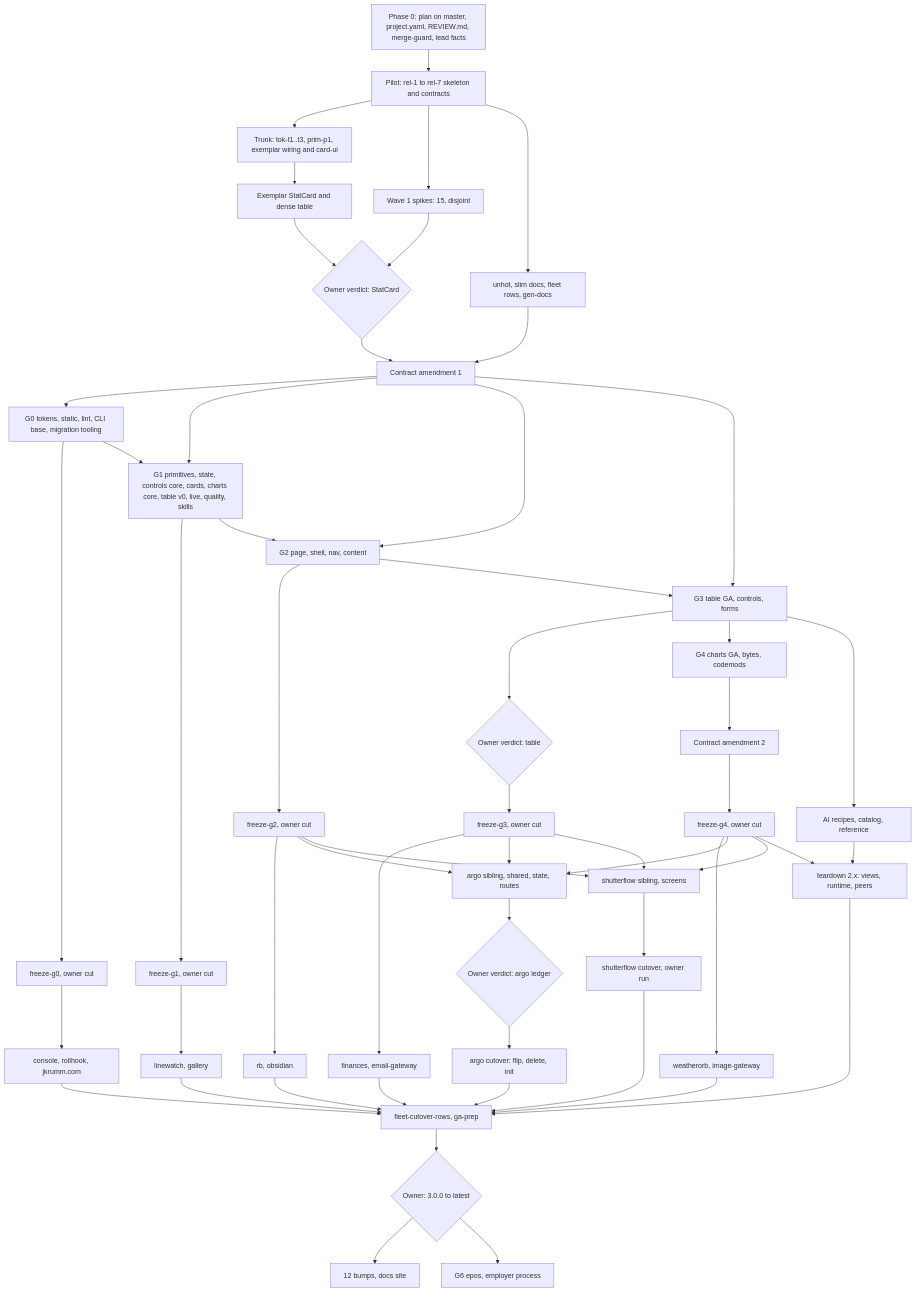
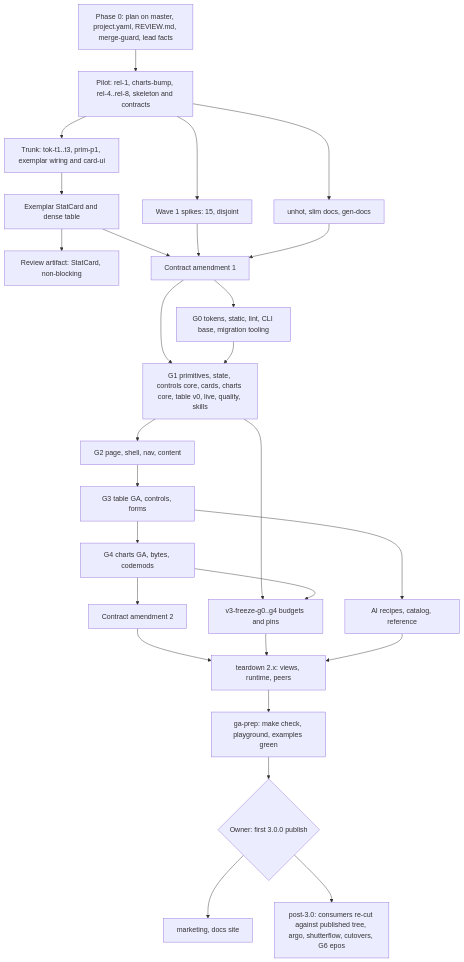
The diagram in docs/v3/IMPLEMENTATION-PLAN.md (jkrumm/basalt-ui), drawn with Mermaid before and after one commit. The commit also changed other lines of this file and 72 other files, not shown here.

First line of the commit message:
docs: revise v3 plan to an in-place 3.0 on master

````diff
--- a/docs/v3/IMPLEMENTATION-PLAN.md
+++ b/docs/v3/IMPLEMENTATION-PLAN.md
@@ -61,50 +65,29 @@
 ```mermaid
 flowchart TD
-  P0[Phase 0: plan on master, project.yaml, REVIEW.md, merge-guard, lead facts] --> PILOT[Pilot: rel-1 to rel-7 skeleton and contracts]
+  P0[Phase 0: plan on master, project.yaml, REVIEW.md, merge-guard, lead facts] --> PILOT[Pilot: rel-1, charts-bump, rel-4..rel-8, skeleton and contracts]
   PILOT --> TOK[Trunk: tok-t1..t3, prim-p1, exemplar wiring and card-ui]
   PILOT --> SPK[Wave 1 spikes: 15, disjoint]
-  PILOT --> UNHOT[unhot, slim docs, fleet rows, gen-docs]
+  PILOT --> UNHOT[unhot, slim docs, gen-docs]
   TOK --> EX[Exemplar StatCard and dense table]
-  EX --> VERDICT{Owner verdict: StatCard}
-  SPK --> VERDICT
-  UNHOT --> AMEND[Contract amendment 1]
-  VERDICT --> AMEND
-  AMEND --> G0[G0 tokens, static, lint, CLI base, migration tooling]
-  AMEND --> G1[G1 primitives, state, controls core, cards, charts core, table v0, live, quality, skills]
-  AMEND --> G2B[G2 page, shell, nav, content]
-  AMEND --> G3B[G3 table GA, controls, forms]
-  G0 --> FG0[freeze-g0, owner cut] --> C0[console, rollhook, jkrumm.com]
-  G0 --> G1
-  G1 --> FG1[freeze-g1, owner cut] --> C1[linewatch, gallery]
-  G1 --> G2B
-  G2B --> FG2[freeze-g2, owner cut] --> C2[rb, obsidian]
-  G2B --> G3B
-  G3B --> VT{Owner verdict: table}
-  VT --> FG3[freeze-g3, owner cut] --> C3[finances, email-gateway]
-  G3B --> G4B[G4 charts GA, bytes, codemods]
-  G4B --> LATE[Contract amendment 2]
-  LATE --> FG4[freeze-g4, owner cut] --> C4[weatherorb, image-gateway]
-  G3B --> AI[AI recipes, catalog, reference]
-  FG2 --> ARGO[argo sibling, shared, state, routes]
-  FG2 --> SF[shutterflow sibling, screens]
-  FG3 --> ARGO
-  FG3 --> SF
-  FG4 --> ARGO
-  FG4 --> SF
-  ARGO --> LEDGER{Owner verdict: argo ledger}
-  LEDGER --> ARGOC[argo cutover: flip, delete, init]
-  SF --> SFC[shutterflow cutover, owner run]
-  AI --> TD[teardown 2.x: views, runtime, peers]
-  FG4 --> TD
-  TD --> GAP[fleet-cutover-rows, ga-prep]
-  ARGOC --> GAP
-  SFC --> GAP
-  C0 --> GAP
-  C1 --> GAP
-  C2 --> GAP
-  C3 --> GAP
-  C4 --> GAP
-  GAP --> GA{Owner: 3.0.0 to latest}
-  GA --> BUMP[12 bumps, docs site]
-  GA --> EPOS[G6 epos, employer process]
+  EX --> ART1[Review artifact: StatCard, non-blocking]
+  EX --> AMEND[Contract amendment 1]
+  SPK --> AMEND
+  UNHOT --> AMEND
+  AMEND --> L0[G0 tokens, static, lint, CLI base, migration tooling]
+  AMEND --> L1[G1 primitives, state, controls core, cards, charts core, table v0, live, quality, skills]
+  L0 --> L1
+  L1 --> L2[G2 page, shell, nav, content]
+  L2 --> L3[G3 table GA, controls, forms]
+  L3 --> L4[G4 charts GA, bytes, codemods]
+  L1 --> FZ[v3-freeze-g0..g4 budgets and pins]
+  L4 --> FZ
+  L4 --> LATE[Contract amendment 2]
+  L3 --> AI[AI recipes, catalog, reference]
+  LATE --> TD[teardown 2.x: views, runtime, peers]
+  FZ --> TD
+  AI --> TD
+  TD --> GAP[ga-prep: make check, playground, examples green]
+  GAP --> GA{Owner: first 3.0.0 publish}
+  GA --> MK[marketing, docs site]
+  GA --> HELD[post-3.0: consumers re-cut against published tree, argo, shutterflow, cutovers, G6 epos]
 ```
````
